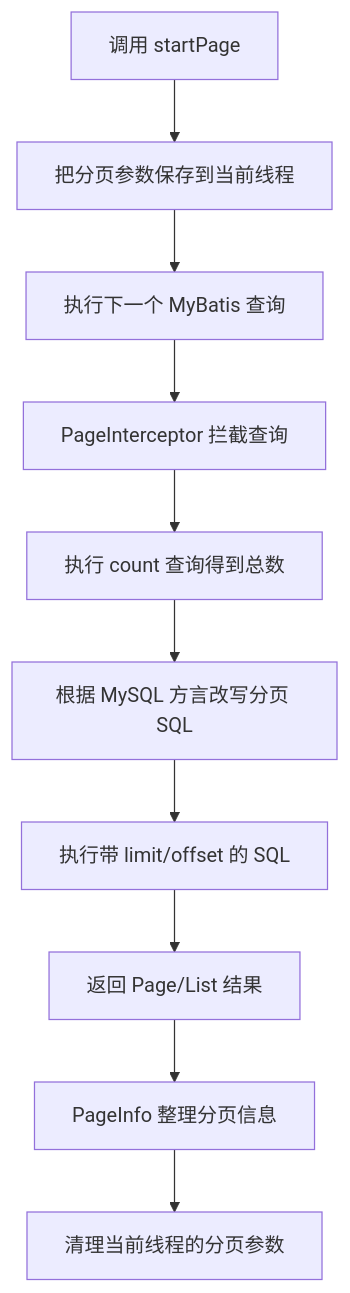
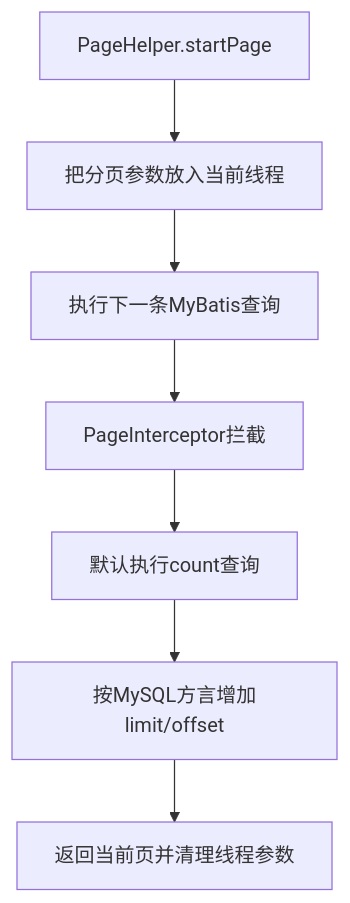
The diagram in Create/SpringBoot/6、分页查询与PageHelper.md (tanhon/Note), drawn with Mermaid before and after one commit. The commit also changed other lines of this file and 19 other files, not shown here.

````diff
--- a/Create/SpringBoot/6、分页查询与PageHelper.md
+++ b/Create/SpringBoot/6、分页查询与PageHelper.md
@@ -141,12 +102,9 @@
 ```mermaid
 flowchart TD
-    A["调用 startPage"] --> B["把分页参数保存到当前线程"]
-    B --> C["执行下一个 MyBatis 查询"]
-    C --> D["PageInterceptor 拦截查询"]
-    D --> E["执行 count 查询得到总数"]
-    E --> F["根据 MySQL 方言改写分页 SQL"]
-    F --> G["执行带 limit/offset 的 SQL"]
-    G --> H["返回 Page/List 结果"]
-    H --> I["PageInfo 整理分页信息"]
-    I --> J["清理当前线程的分页参数"]
+    A["PageHelper.startPage"] --> B["把分页参数放入当前线程"]
+    B --> C["执行下一条MyBatis查询"]
+    C --> D["PageInterceptor拦截"]
+    D --> E["默认执行count查询"]
+    E --> F["按MySQL方言增加limit/offset"]
+    F --> G["返回当前页并清理线程参数"]
 ```
````
